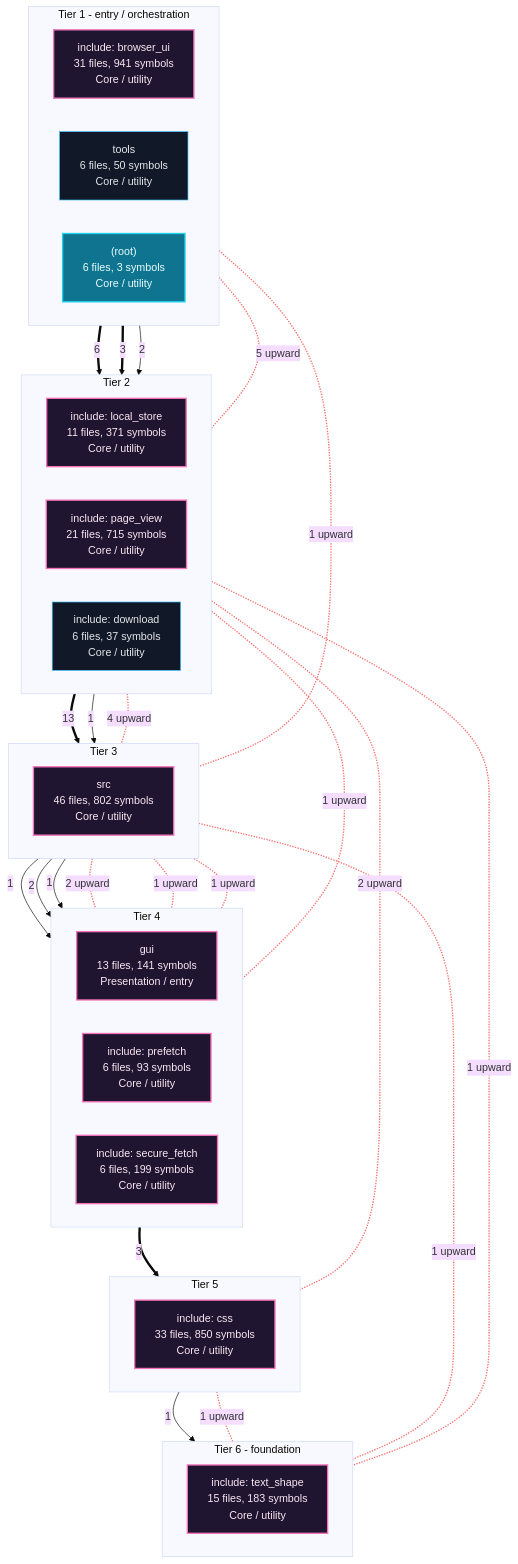
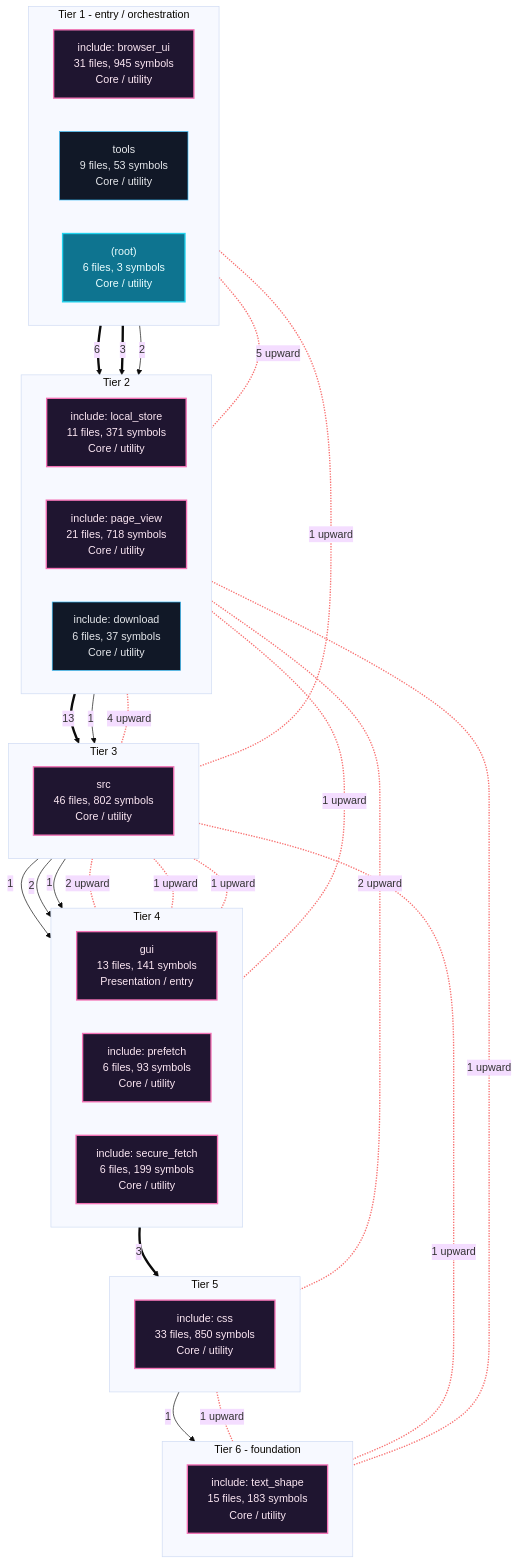
One commit to grisuno/FreeDom changed the first of 7 diagrams in readmenator-apidocs/architecture.md. Above: the diagram before and after it, drawn with Mermaid (base theme). The commit also changed other lines of this file and 148 other files, not shown here.

````diff
--- a/readmenator-apidocs/architecture.md
+++ b/readmenator-apidocs/architecture.md
@@ -11,63 +11,63 @@
 ```mermaid
 flowchart TB
     classDef cycle fill:#1f1530,stroke:#f472b6,color:#fce7f3,stroke-width:2px;
     classDef default fill:#111827,stroke:#38bdf8,color:#e5e7eb;
     classDef entry fill:#0e7490,stroke:#22d3ee,color:#ecfeff,stroke-width:2px;
     subgraph lane_0["Tier 1 - entry / orchestration"]
         direction LR
-        n_c2["include: browser_ui<br/>31 files, 941 symbols<br/>Core / utility"]:::cycle
-        n_d_tools["tools<br/>6 files, 50 symbols<br/>Core / utility"]:::default
+        n_c2["include: browser_ui<br/>31 files, 945 symbols<br/>Core / utility"]:::cycle
+        n_d_tools["tools<br/>9 files, 53 symbols<br/>Core / utility"]:::default
         n_d__root_["(root)<br/>6 files, 3 symbols<br/>Core / utility"]:::entry
     end
     subgraph lane_1["Tier 2"]
         direction LR
         n_c5["include: local_store<br/>11 files, 371 symbols<br/>Core / utility"]:::cycle
-        n_c3["include: page_view<br/>21 files, 715 symbols<br/>Core / utility"]:::cycle
+        n_c3["include: page_view<br/>21 files, 718 symbols<br/>Core / utility"]:::cycle
         n_c8["include: download<br/>6 files, 37 symbols<br/>Core / utility"]:::default
     end
     subgraph lane_2["Tier 3"]
         direction LR
         n_c0["src<br/>46 files, 802 symbols<br/>Core / utility"]:::cycle
     end
     subgraph lane_3["Tier 4"]
         direction LR
         n_c6["gui<br/>13 files, 141 symbols<br/>Presentation / entry"]:::cycle
         n_c9["include: prefetch<br/>6 files, 93 symbols<br/>Core / utility"]:::cycle
         n_c7["include: secure_fetch<br/>6 files, 199 symbols<br/>Core / utility"]:::cycle
     end
     subgraph lane_4["Tier 5"]
         direction LR
         n_c1["include: css<br/>33 files, 850 symbols<br/>Core / utility"]:::cycle
     end
     subgraph lane_5["Tier 6 - foundation"]
         direction LR
         n_c4["include: text_shape<br/>15 files, 183 symbols<br/>Core / utility"]:::cycle
     end
     n_c0 -->|"1"| n_c6
     n_c0 -->|"2"| n_c7
     n_c0 -->|"1"| n_c9
     n_c1 -->|"1"| n_c4
     n_c2 ==>|"6"| n_c3
     n_c2 ==>|"3"| n_c5
     n_c2 -->|"2"| n_c8
     n_c3 ==>|"13"| n_c0
     n_c5 -->|"1"| n_c0
     n_c6 ==>|"3"| n_c1
     n_c2 <-.-|"1 upward"| n_c0
     n_c3 <-.-|"4 upward"| n_c0
     n_c3 <-.-|"2 upward"| n_c1
     n_c2 <-.-|"5 upward"| n_c3
     n_c0 <-.-|"1 upward"| n_c4
     n_c1 <-.-|"1 upward"| n_c4
     n_c3 <-.-|"1 upward"| n_c4
     n_c0 <-.-|"2 upward"| n_c6
     n_c3 <-.-|"1 upward"| n_c6
     n_c0 <-.-|"1 upward"| n_c7
     n_c0 <-.-|"1 upward"| n_c9
     linkStyle 10,11,12,13,14,15,16,17,18,19,20 stroke:#f87171,stroke-width:2px;
     n_c2 ~~~ n_c5
     n_c5 ~~~ n_c0
     n_c0 ~~~ n_c6
     n_c6 ~~~ n_c1
     n_c1 ~~~ n_c4
 ```
````
